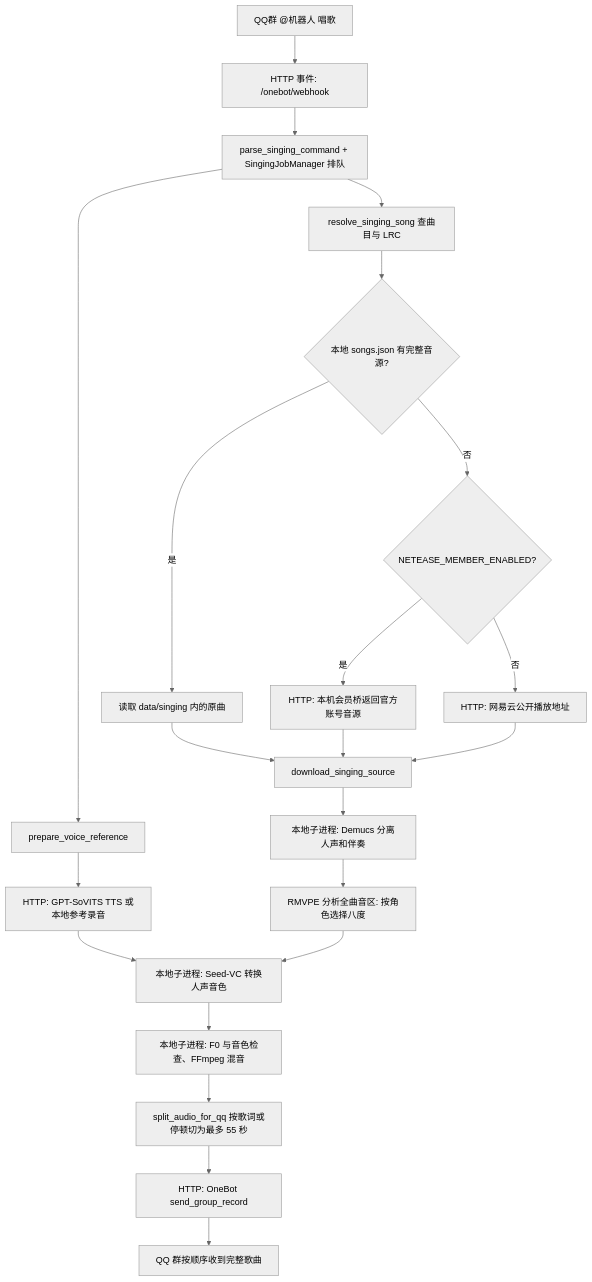
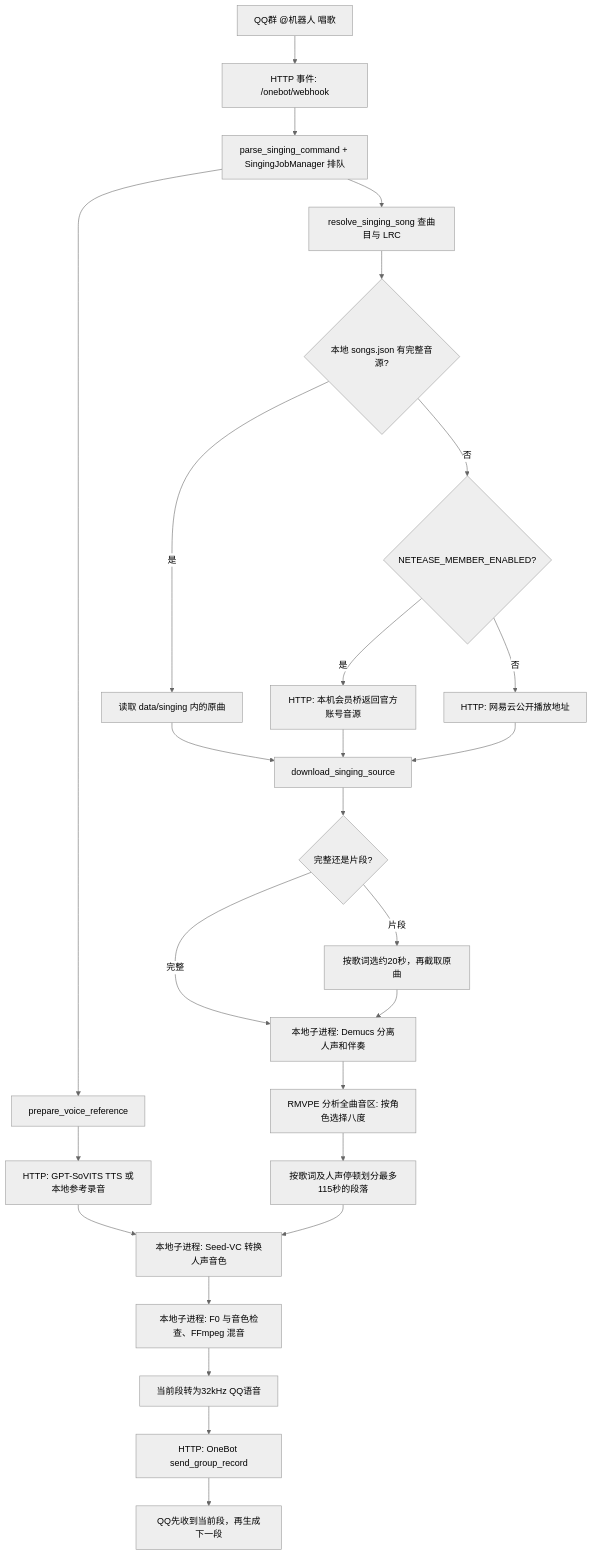
The diagram in docs/SINGING.md (jiuxiansheng1111/qq-chat-robot), drawn with Mermaid (neutral theme) before and after one commit. The commit also changed other lines of this file and 136 other files, not shown here.

````diff
--- a/docs/SINGING.md
+++ b/docs/SINGING.md
@@ -9,24 +9,28 @@
 ```mermaid
 flowchart TD
     A[QQ群 @机器人 唱歌] --> B[HTTP 事件: /onebot/webhook]
     B --> C[parse_singing_command + SingingJobManager 排队]
     C --> D[resolve_singing_song 查曲目与 LRC]
     D --> E{本地 songs.json 有完整音源?}
     E -- 是 --> F[读取 data/singing 内的原曲]
     E -- 否 --> G{NETEASE_MEMBER_ENABLED?}
     G -- 是 --> H[HTTP: 本机会员桥返回官方账号音源]
     G -- 否 --> I[HTTP: 网易云公开播放地址]
     F --> J[download_singing_source]
     H --> J
     I --> J
     C --> K[prepare_voice_reference]
     K --> L[HTTP: GPT-SoVITS TTS 或本地参考录音]
-    J --> M[本地子进程: Demucs 分离人声和伴奏]
+    J --> X{完整还是片段?}
+    X -- 片段 --> Y[按歌词选约20秒，再截取原曲]
+    X -- 完整 --> M[本地子进程: Demucs 分离人声和伴奏]
+    Y --> M
     L --> N[本地子进程: Seed-VC 转换人声音色]
     M --> Q[RMVPE 分析全曲音区: 按角色选择八度]
-    Q --> N
+    Q --> T[按歌词及人声停顿划分最多115秒的段落]
+    T --> N
     N --> O[本地子进程: F0 与音色检查、FFmpeg 混音]
-    O --> P[split_audio_for_qq 按歌词或停顿切为最多 55 秒]
+    O --> P[当前段转为32kHz QQ语音]
     P --> R[HTTP: OneBot send_group_record]
-    R --> S[QQ 群按顺序收到完整歌曲]
+    R --> S[QQ先收到当前段，再生成下一段]
 ```
````
